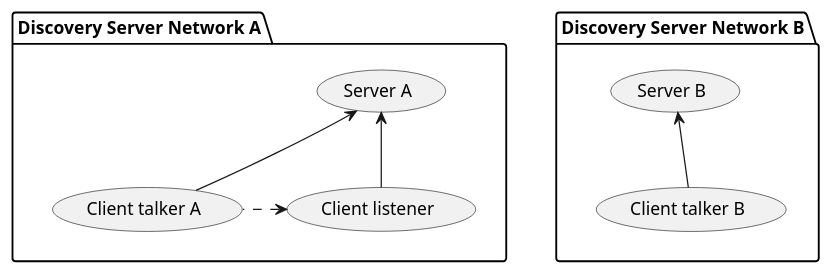
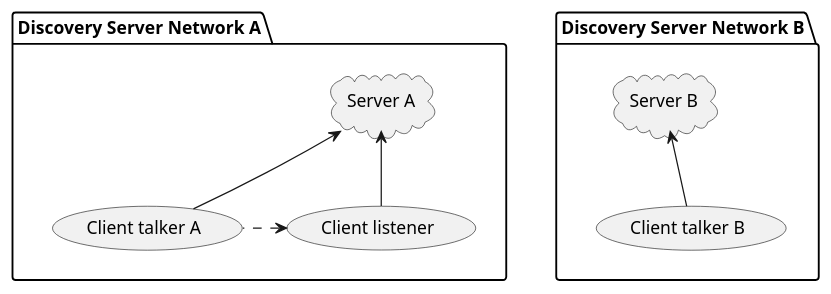
Before and after one commit to eProsima/vulcanexus: the first of 2 diagrams in docs/rst/tutorials/core/deployment/ds_locators_runtime/ds_locators_runtime.rst, drawn with PlantUML. The commit also changed other lines of this file, not shown here.

Commit message:
Refs #17124: Improve graphs

```diff
--- a/docs/rst/tutorials/core/deployment/ds_locators_runtime/ds_locators_runtime.rst
+++ b/docs/rst/tutorials/core/deployment/ds_locators_runtime/ds_locators_runtime.rst
@@ -43,26 +43,26 @@
 .. uml::
     :align: center
 
     hide empty members
 
     package de0 as "Discovery Server Network A"{
-        (Server A) as s0
+        cloud "Server A" as s0
         (Client talker A) as p0
         (Client listener) as s
         s <-[dashed]right- p0
         s0 <-down- s
         s0 <-down- p0
         p0 -[hidden]left- s0
     }
 
     package de1 as "Discovery Server Network B"{
-        (Server B) as s1
+        cloud "Server B" as s1
         (Client talker B) as p1
         p1 -up-> s1
     }
 
     de1 -[hidden]right- de0
     s1 -[hidden]right- s0
     p1 -[hidden]right- p0
     p1 -[hidden]-> s0
     s -[hidden]-> s1
```
